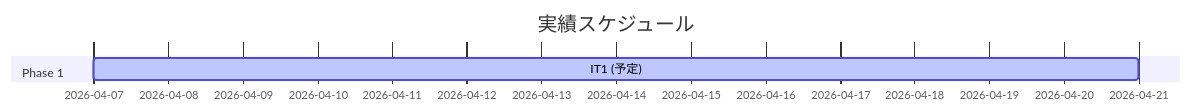
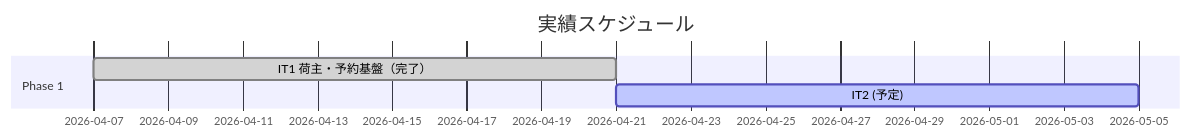
The second of 3 diagrams in docs/development/release_plan.md (k2works/case-study-cargo-tracker), drawn with Mermaid before and after one commit. The commit also changed other lines of this file and 1 other file, not shown here.

````diff
--- a/docs/development/release_plan.md
+++ b/docs/development/release_plan.md
@@ -152,7 +152,8 @@
 ```mermaid
 gantt
     title 実績スケジュール
     dateFormat  YYYY-MM-DD
     section Phase 1
-    IT1 (予定)              :active, a1, 2026-04-07, 14d
+    IT1 荷主・予約基盤（完了）  :done, a1, 2026-04-07, 14d
+    IT2 (予定)                :active, a2, 2026-04-21, 14d
 ```
````
